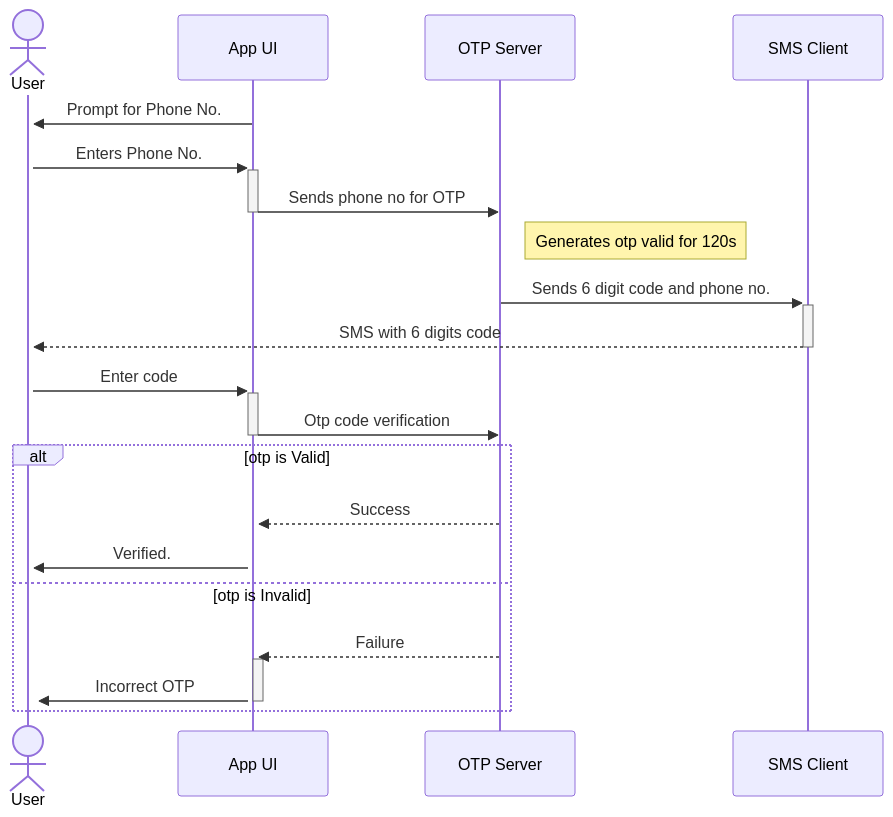
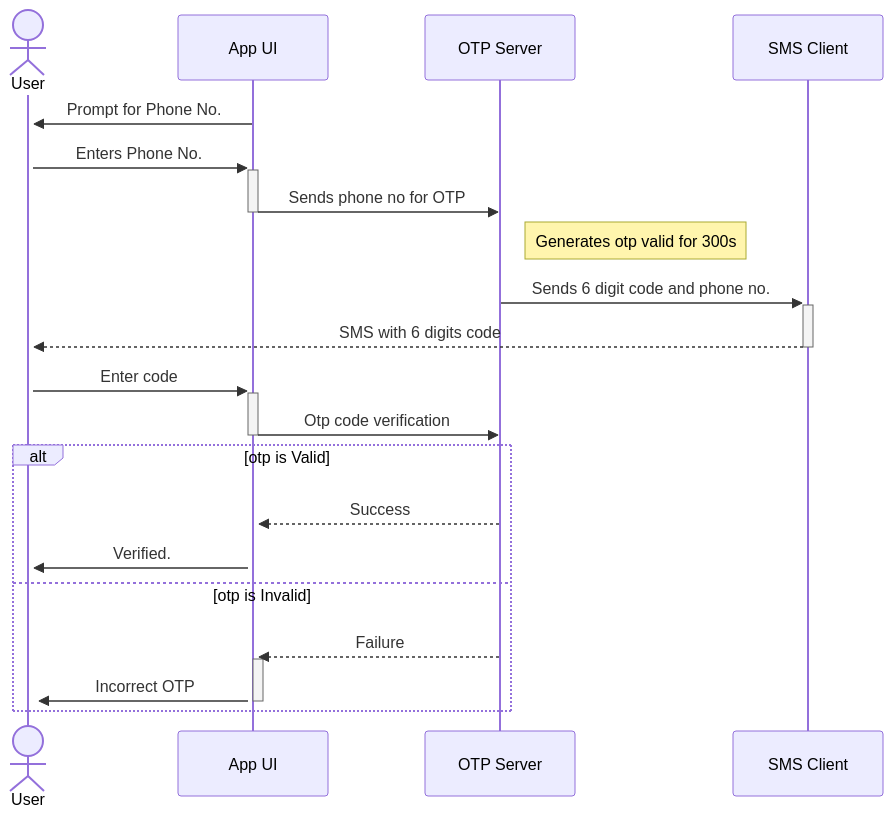
One commit to CosBett/Python-OTP_Generator changed the diagram in otp_sdiagram.mmd. Above: the diagram before and after it, drawn with Mermaid.

Commit message:
updated sequence diagram time steps

```diff
--- a/otp_sdiagram.mmd
+++ b/otp_sdiagram.mmd
@@ -1,19 +1,19 @@
 
 sequenceDiagram
     actor User
     App UI ->>+ User: Prompt for Phone No.
     User->>+App UI:Enters Phone No.
     App UI->>-OTP Server:Sends phone no for OTP 
     participant OTP Server
-    Note right of OTP Server: Generates otp valid for 120s
+    Note right of OTP Server: Generates otp valid for 300s
     OTP Server->>+SMS Client: Sends 6 digit code and phone no.
     SMS Client-->>-User: SMS with 6 digits code
     User->>+App UI: Enter code
     App UI->>-OTP Server:Otp code verification
     alt otp is Valid
         OTP Server-->>+App UI: Success
         App UI ->>+ User: Verified.
     else otp is Invalid
         OTP Server-->>+App UI: Failure
         App UI ->>- User: Incorrect OTP
     end
```
